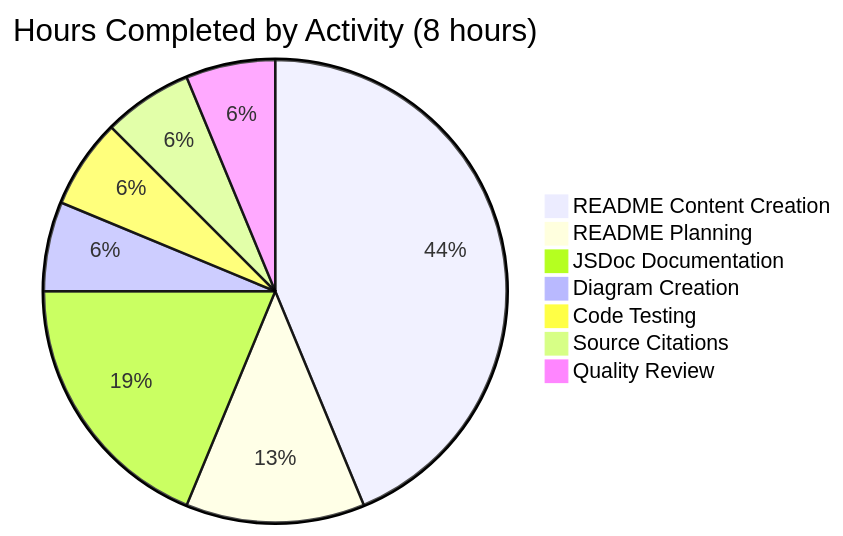
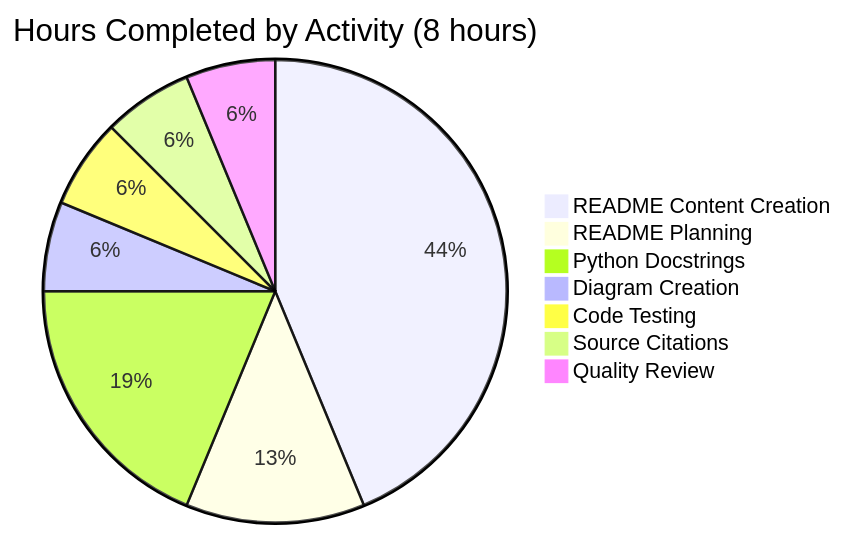
Before and after one commit to lakshya-blitzy/hello_world_Oct_2025: the fourth of 5 diagrams in blitzy/documentation/Project Guide.md, drawn with Mermaid. The commit also changed other lines of this file, not shown here.

First line of the commit message:
docs: Migrate Project Guide from Node.js to Python Flask references

````diff
--- a/blitzy/documentation/Project Guide.md
+++ b/blitzy/documentation/Project Guide.md
@@ -967,10 +922,10 @@
 ```mermaid
 pie title Hours Completed by Activity (8 hours)
     "README Content Creation" : 3.5
     "README Planning" : 1.0
-    "JSDoc Documentation" : 1.5
+    "Python Docstrings" : 1.5
     "Diagram Creation" : 0.5
     "Code Testing" : 0.5
     "Source Citations" : 0.5
     "Quality Review" : 0.5
 ```
````
